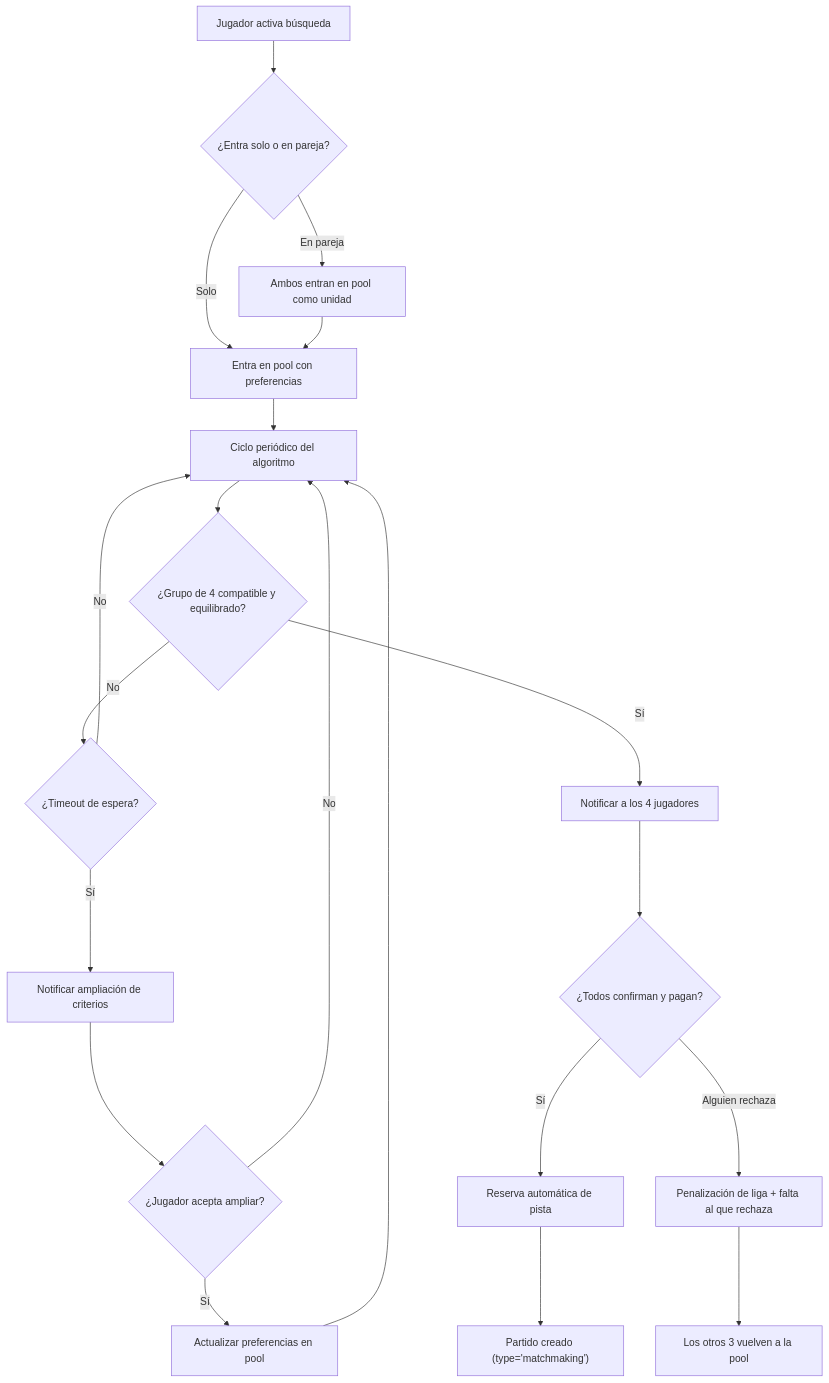
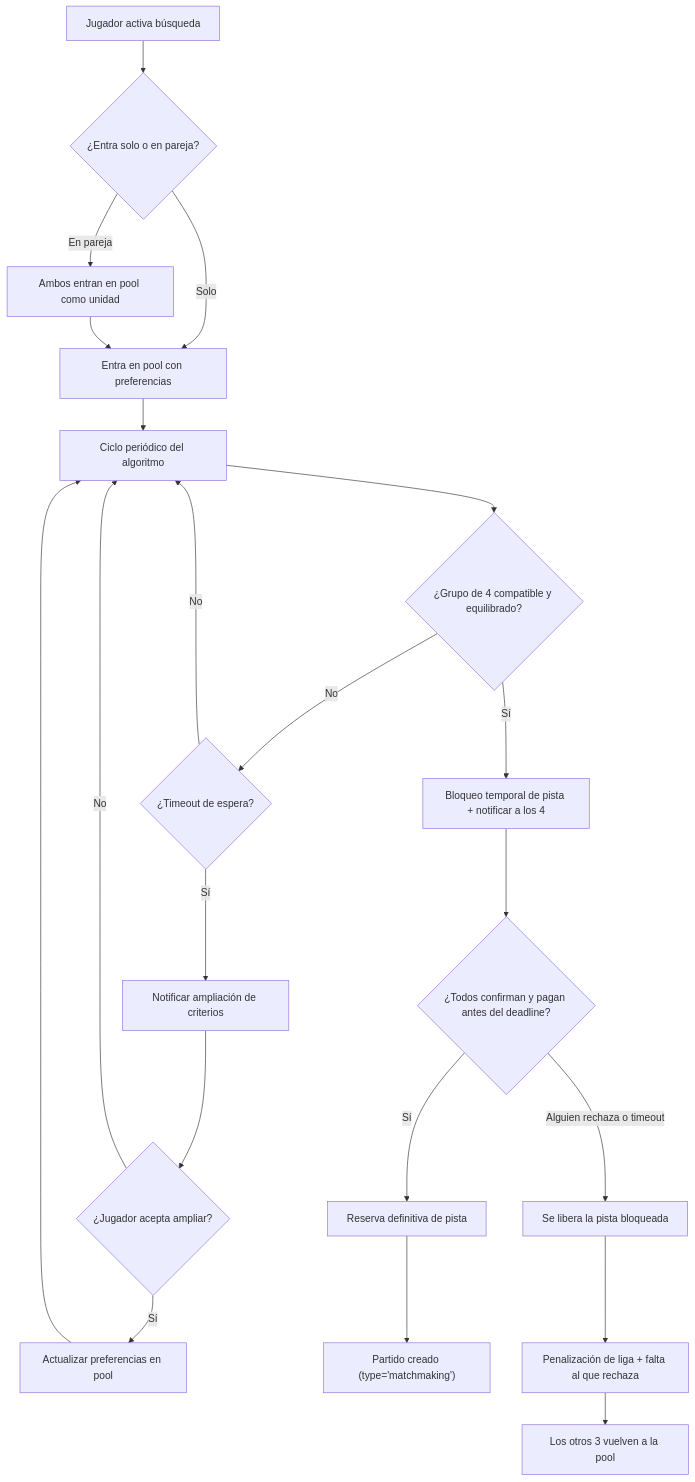
One commit to Dai-Off/padel_mono_repo changed the first of 3 diagrams in docs/leveling/06_matchmaking.md. Above: the diagram before and after it, drawn with Mermaid. The commit also changed other lines of this file and 8 other files, not shown here.

````diff
--- a/docs/leveling/06_matchmaking.md
+++ b/docs/leveling/06_matchmaking.md
@@ -33,22 +33,23 @@
 ```mermaid
 flowchart TD
     A[Jugador activa búsqueda] --> B{¿Entra solo o en pareja?}
     B -->|Solo| C[Entra en pool con preferencias]
     B -->|En pareja| D[Ambos entran en pool como unidad]
     D --> C
     C --> E[Ciclo periódico del algoritmo]
     E --> F{¿Grupo de 4 compatible y equilibrado?}
     F -->|No| G{¿Timeout de espera?}
     G -->|No| E
     G -->|Sí| H[Notificar ampliación de criterios]
     H --> I{¿Jugador acepta ampliar?}
     I -->|Sí| J[Actualizar preferencias en pool]
     J --> E
     I -->|No| E
-    F -->|Sí| K[Notificar a los 4 jugadores]
-    K --> L{¿Todos confirman y pagan?}
-    L -->|Sí| M[Reserva automática de pista]
+    F -->|Sí| K[Bloqueo temporal de pista + notificar a los 4]
+    K --> L{¿Todos confirman y pagan antes del deadline?}
+    L -->|Sí| M[Reserva definitiva de pista]
     M --> N["Partido creado (type='matchmaking')"]
-    L -->|Alguien rechaza| O[Penalización de liga + falta al que rechaza]
-    O --> P[Los otros 3 vuelven a la pool]
+    L -->|Alguien rechaza o timeout| O[Se libera la pista bloqueada]
+    O --> P[Penalización de liga + falta al que rechaza]
+    P --> Q[Los otros 3 vuelven a la pool]
 ```
````
